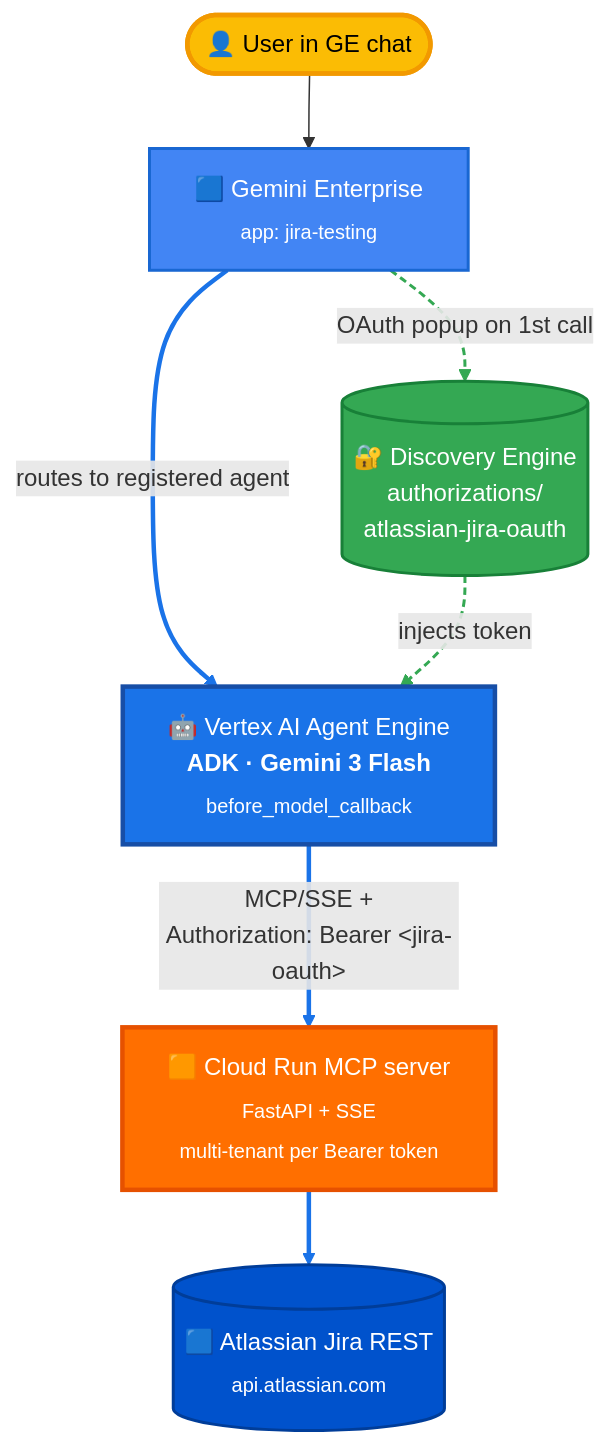
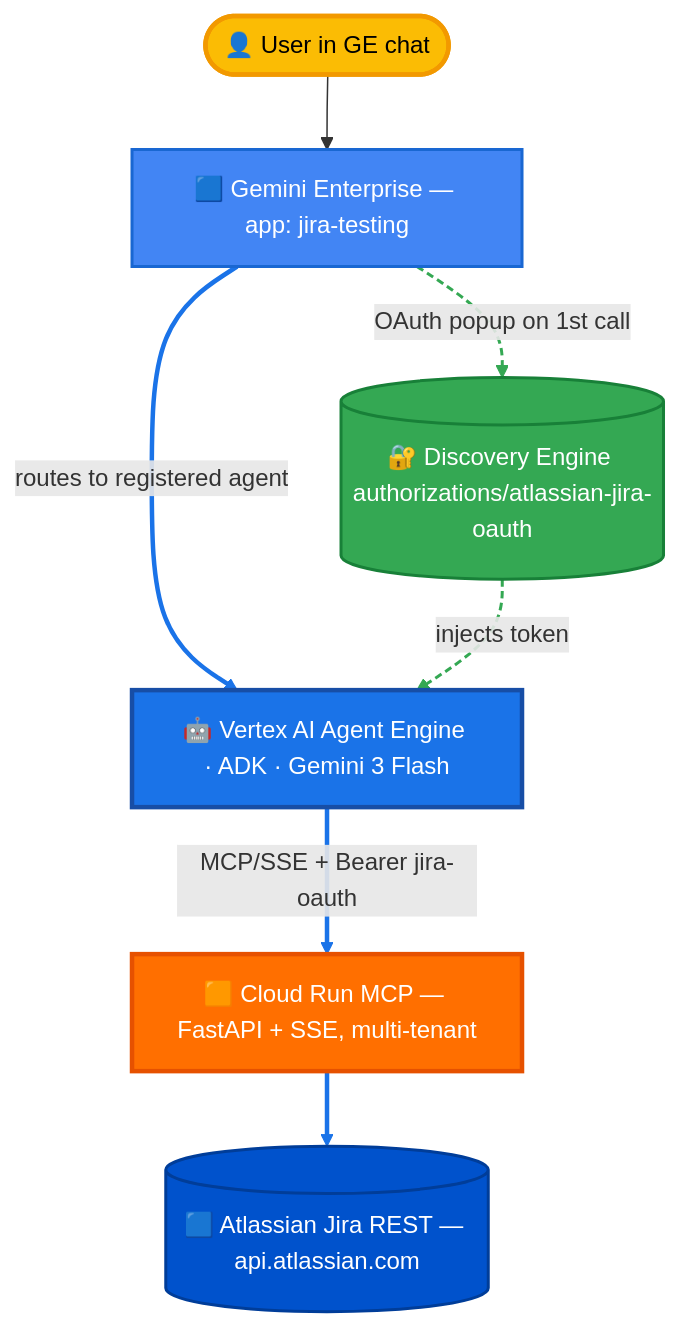
One commit to jchavezar/vertex-ai-samples changed the diagram in semiautonomous-agents/atlassian-jira-integration/option-a-custom-mcp-portal/README.md. Above: the diagram before and after it, drawn with Mermaid. The commit also changed 3 other files, not shown here.

Commit message:
fix(atlassian-jira-integration): collapse multi-line node labels to single-line so mermaid doesn't overlap text

````diff
--- a/semiautonomous-agents/atlassian-jira-integration/option-a-custom-mcp-portal/README.md
+++ b/semiautonomous-agents/atlassian-jira-integration/option-a-custom-mcp-portal/README.md
@@ -11,25 +11,25 @@
 ```mermaid
 flowchart TB
   user(["👤 User in GE chat"]):::user
-  ge["🟦 Gemini Enterprise<br/><sub>app: jira-testing</sub>"]:::ge
-  ae["🤖 Vertex AI Agent Engine<br/><b>ADK · Gemini 3 Flash</b><br/><sub>before_model_callback</sub>"]:::ae
-  cr["🟧 Cloud Run MCP server<br/><sub>FastAPI + SSE</sub><br/><sub>multi-tenant per Bearer token</sub>"]:::cr
-  jira[("🟦 Atlassian Jira REST<br/><sub>api.atlassian.com</sub>")]:::jira
-  auth[("🔐 Discovery Engine<br/>authorizations/<br/>atlassian-jira-oauth")]:::auth
+  ge["🟦 Gemini Enterprise — app: jira-testing"]:::ge
+  ae["🤖 Vertex AI Agent Engine · ADK · Gemini 3 Flash"]:::ae
+  cr["🟧 Cloud Run MCP — FastAPI + SSE, multi-tenant"]:::cr
+  jira[("🟦 Atlassian Jira REST — api.atlassian.com")]:::jira
+  auth[("🔐 Discovery Engine authorizations/atlassian-jira-oauth")]:::auth
 
   user --> ge
   ge ==>|routes to registered agent| ae
   ge -.->|OAuth popup on 1st call| auth
-  ae ==>|MCP/SSE +<br/>Authorization: Bearer &lt;jira-oauth&gt;| cr
+  ae ==>|MCP/SSE + Bearer jira-oauth| cr
   cr ==> jira
   auth -.->|injects token| ae
 
   classDef user fill:#FBBC04,stroke:#F29900,stroke-width:3px,color:#000
   classDef ge fill:#4285F4,stroke:#1967D2,stroke-width:2px,color:#fff
   classDef ae fill:#1A73E8,stroke:#174EA6,stroke-width:3px,color:#fff
   classDef cr fill:#FF6F00,stroke:#E65100,stroke-width:3px,color:#fff
   classDef jira fill:#0052CC,stroke:#003D99,stroke-width:2px,color:#fff
   classDef auth fill:#34A853,stroke:#188038,stroke-width:2px,color:#fff
   linkStyle 1,3,4 stroke:#1A73E8,stroke-width:3px
   linkStyle 2,5 stroke:#34A853,stroke-width:2px,stroke-dasharray:5 3
 ```
````
